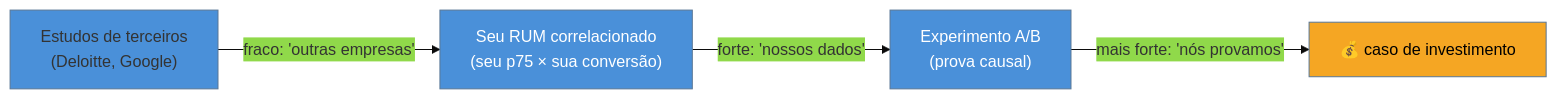
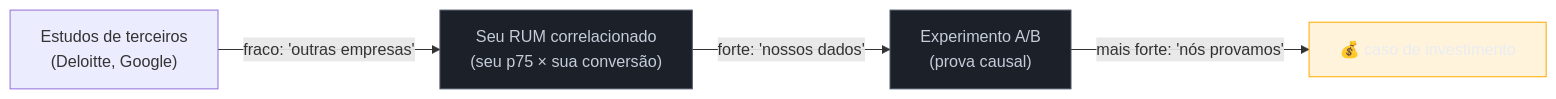
The diagram in 03-Dominios/Tecnologia/Web Performance/Performance em Produção/07 - O business case da performance.md (josenaldo/codex-technomanticus), drawn with Mermaid before and after one commit. The commit also changed 1181 other files, not shown here.

First line of the commit message:
fix(diagramas): paleta do sistema no lugar de cor cravada no markdown

````diff
--- a/03-Dominios/Tecnologia/Web Performance/Performance em Produção/07 - O business case da performance.md
+++ b/03-Dominios/Tecnologia/Web Performance/Performance em Produção/07 - O business case da performance.md
@@ -31,10 +31,11 @@
 ```mermaid
-%%{init: {"theme": "base", "themeVariables": {"primaryColor": "#4A90D9"}}}%%
 graph LR
+    classDef neutro fill:#1B2029,stroke:#4E5666,color:#C6CCD8
+    classDef destaque fill:#FFAA0024,stroke:#FFAA00,color:#E9ECF2
     A["Estudos de terceiros<br/>(Deloitte, Google)"] -->|fraco: 'outras empresas'| B["Seu RUM correlacionado<br/>(seu p75 × sua conversão)"]
     B -->|forte: 'nossos dados'| C["Experimento A/B<br/>(prova causal)"]
     C -->|mais forte: 'nós provamos'| D[💰 caso de investimento]
-    style B fill:#4A90D9,color:#fff
-    style C fill:#4A90D9,color:#fff
-    style D fill:#F5A623,color:#000
+    class B neutro
+    class C neutro
+    class D destaque
 ```
````
